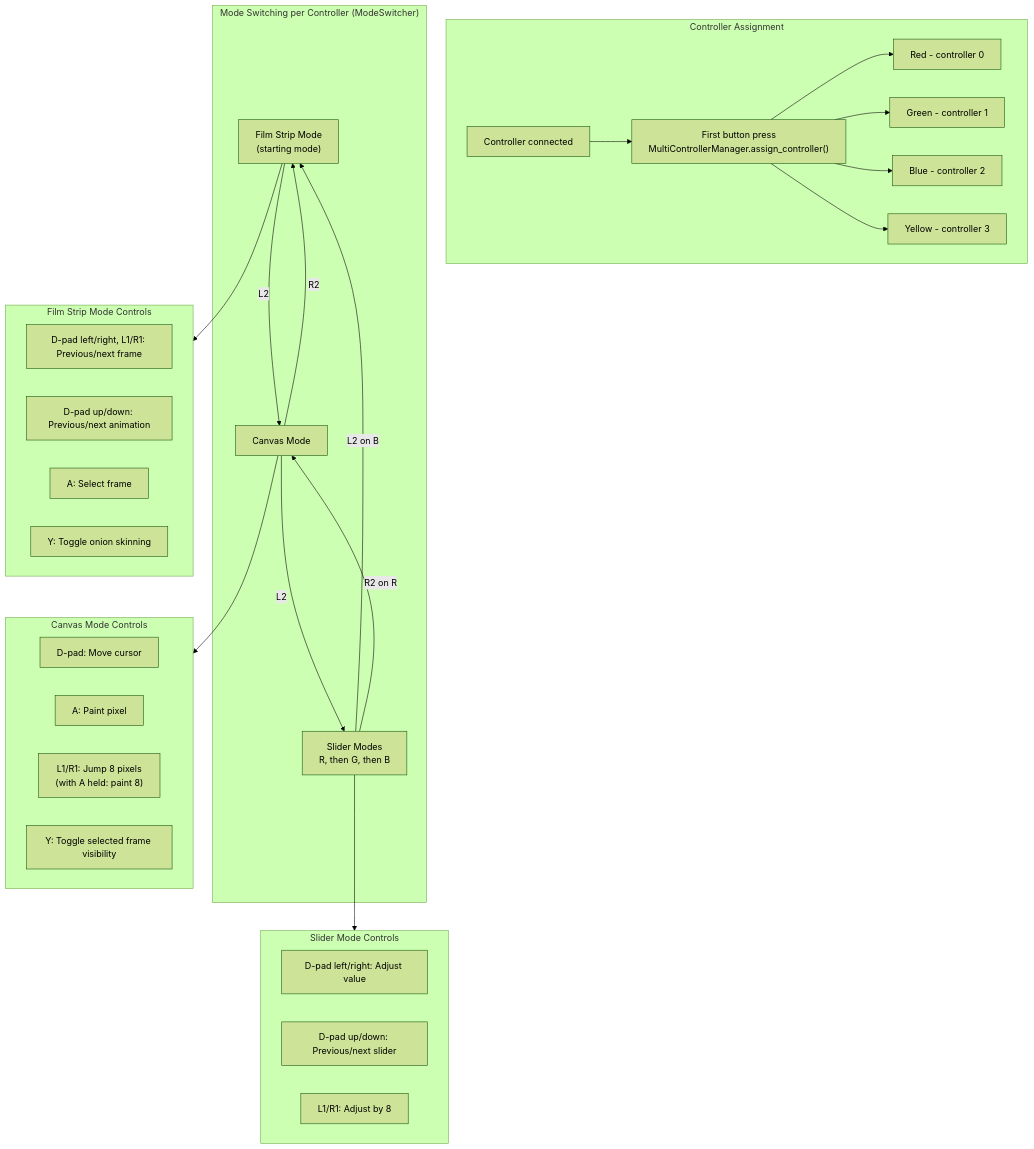
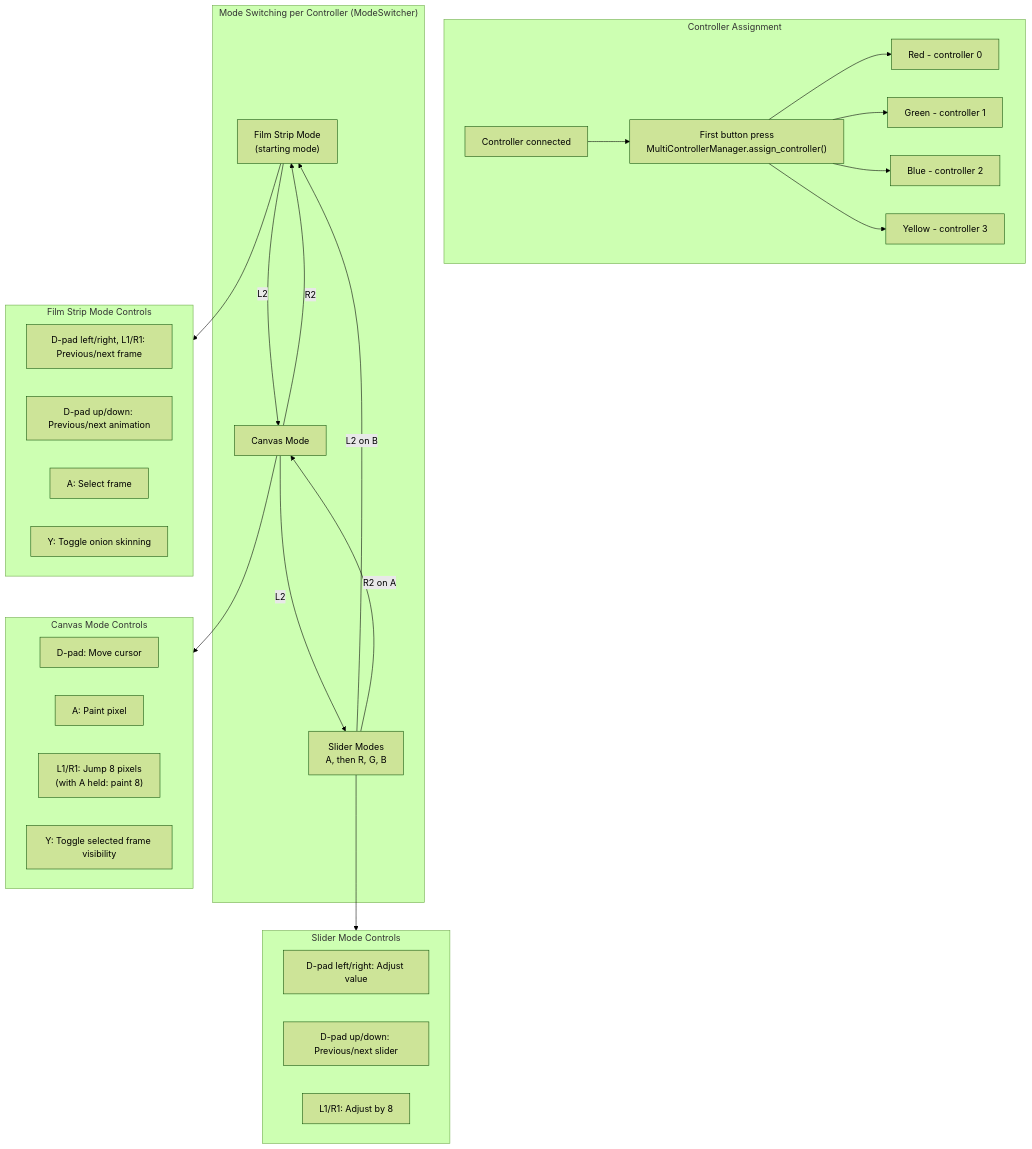
Before and after one commit to terrysimons/glitchygames: the tenth of 10 diagrams in docs/architecture/bitmappy.md, drawn with Mermaid (forest theme). The commit also changed other lines of this file and 43 other files, not shown here.

````diff
--- a/docs/architecture/bitmappy.md
+++ b/docs/architecture/bitmappy.md
@@ -511,46 +512,46 @@
 ```mermaid
 flowchart TD
     subgraph Assignment["Controller Assignment"]
         CONNECT["Controller connected"] --> FIRST["First button press\nMultiControllerManager.assign_controller()"]
         FIRST --> RED["Red - controller 0"]
         FIRST --> GREEN["Green - controller 1"]
         FIRST --> BLUE["Blue - controller 2"]
         FIRST --> YELLOW["Yellow - controller 3"]
     end
 
     subgraph Modes["Mode Switching per Controller (ModeSwitcher)"]
         FSM["Film Strip Mode\n(starting mode)"]
         CM["Canvas Mode"]
-        SLM["Slider Modes\nR, then G, then B"]
+        SLM["Slider Modes\nA, then R, G, B"]
 
         FSM -->|"L2"| CM
         CM -->|"L2"| SLM
         SLM -->|"L2 on B"| FSM
-        SLM -->|"R2 on R"| CM
+        SLM -->|"R2 on A"| CM
         CM -->|"R2"| FSM
     end
 
     subgraph FilmStripControls["Film Strip Mode Controls"]
         FS_NAV["D-pad left/right, L1/R1: Previous/next frame"]
         FS_ANIM["D-pad up/down: Previous/next animation"]
         FS_SEL["A: Select frame"]
         FS_ONION["Y: Toggle onion skinning"]
     end
 
     subgraph CanvasControls["Canvas Mode Controls"]
         C_MOVE["D-pad: Move cursor"]
         C_PAINT["A: Paint pixel"]
         C_JUMP["L1/R1: Jump 8 pixels\n(with A held: paint 8)"]
         C_VIS["Y: Toggle selected frame visibility"]
     end
 
     subgraph SliderControls["Slider Mode Controls"]
         S_ADJ["D-pad left/right: Adjust value"]
         S_NAV["D-pad up/down: Previous/next slider"]
         S_JUMP["L1/R1: Adjust by 8"]
     end
 
     FSM --> FilmStripControls
     CM --> CanvasControls
     SLM --> SliderControls
 ```
````
